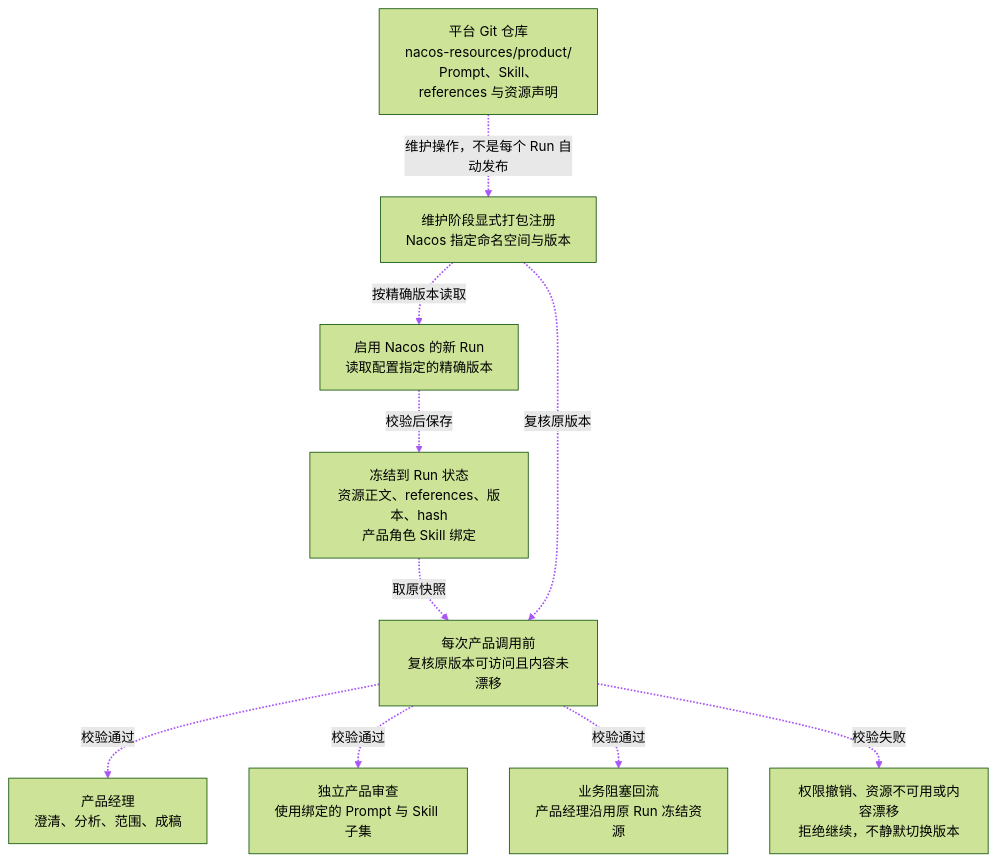
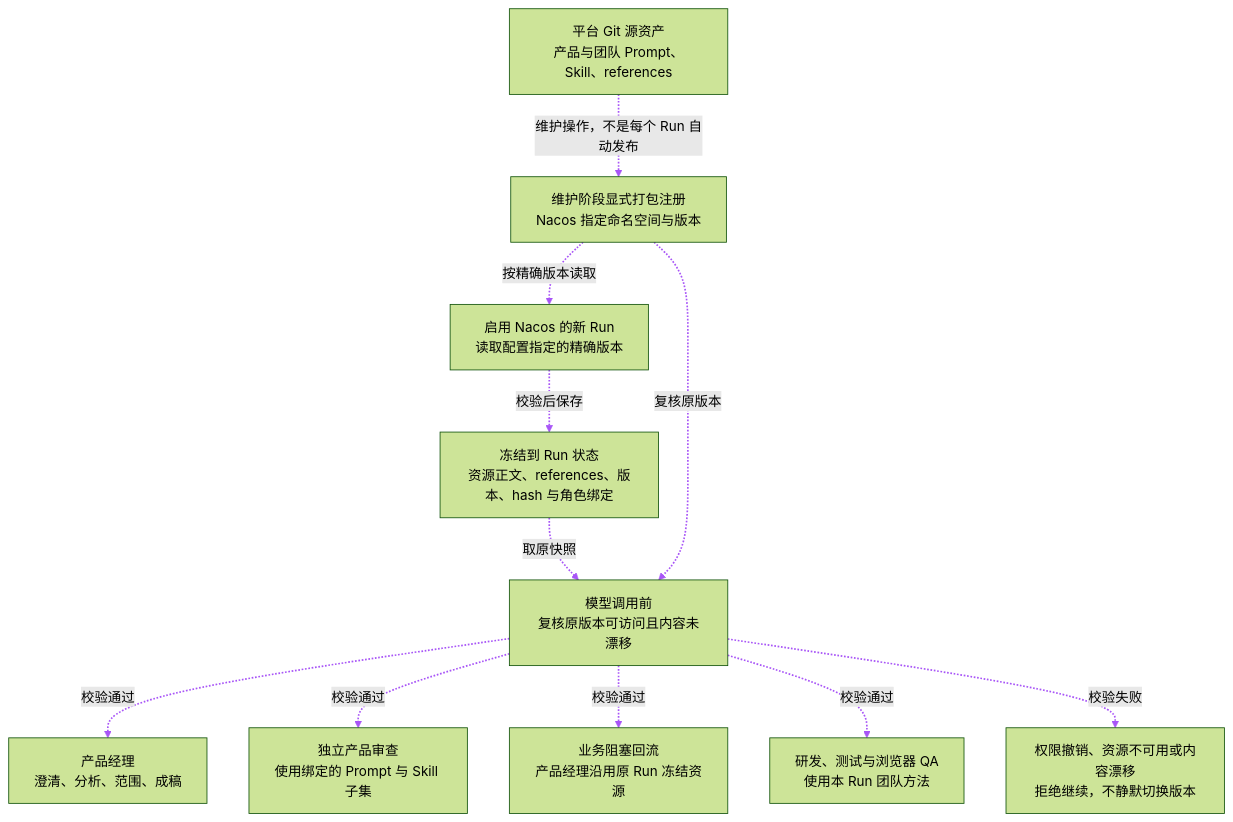
One commit to leidaibo-lab/ai-platform changed the third of 3 diagrams in docs/application/visual-framework.md. Above: the diagram before and after it, drawn with Mermaid (forest theme). The commit also changed other lines of this file and 62 other files, not shown here.

````diff
--- a/docs/application/visual-framework.md
+++ b/docs/application/visual-framework.md
@@ -113,24 +113,26 @@
 ```mermaid
 flowchart TB
-    G["平台 Git 仓库<br/>nacos-resources/product/<br/>Prompt、Skill、references 与资源声明"]
+    G["平台 Git 源资产<br/>产品与团队 Prompt、Skill、references"]
     N["维护阶段显式打包注册<br/>Nacos 指定命名空间与版本"]
     I["启用 Nacos 的新 Run<br/>读取配置指定的精确版本"]
-    S["冻结到 Run 状态<br/>资源正文、references、版本、hash<br/>产品角色 Skill 绑定"]
-    V["每次产品调用前<br/>复核原版本可访问且内容未漂移"]
+    S["冻结到 Run 状态<br/>资源正文、references、版本、hash 与角色绑定"]
+    V["模型调用前<br/>复核原版本可访问且内容未漂移"]
     PM["产品经理<br/>澄清、分析、范围、成稿"]
     PR["独立产品审查<br/>使用绑定的 Prompt 与 Skill 子集"]
     PC["业务阻塞回流<br/>产品经理沿用原 Run 冻结资源"]
+    D["研发、测试与浏览器 QA<br/>使用本 Run 团队方法"]
     FAIL["权限撤销、资源不可用或内容漂移<br/>拒绝继续，不静默切换版本"]
 
     G -.->|维护操作，不是每个 Run 自动发布| N
     N -.->|按精确版本读取| I
     I -.->|校验后保存| S
     S -.->|取原快照| V
     N -.->|复核原版本| V
     V -.->|校验通过| PM
     V -.->|校验通过| PR
     V -.->|校验通过| PC
+    V -.->|校验通过| D
     V -.->|校验失败| FAIL
 
-    linkStyle 0,1,2,3,4,5,6,7,8 stroke:#a855f7,stroke-width:2px
+    linkStyle 0,1,2,3,4,5,6,7,8,9 stroke:#a855f7,stroke-width:2px
 ```
````
